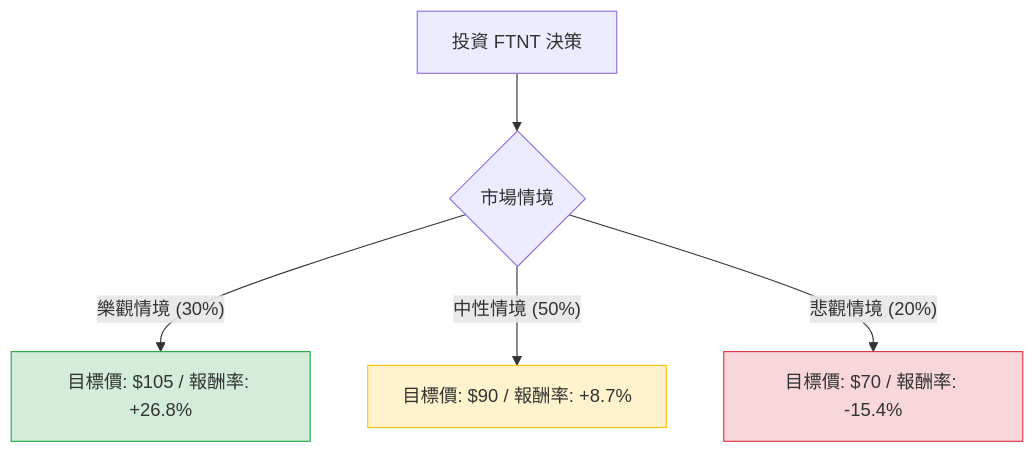
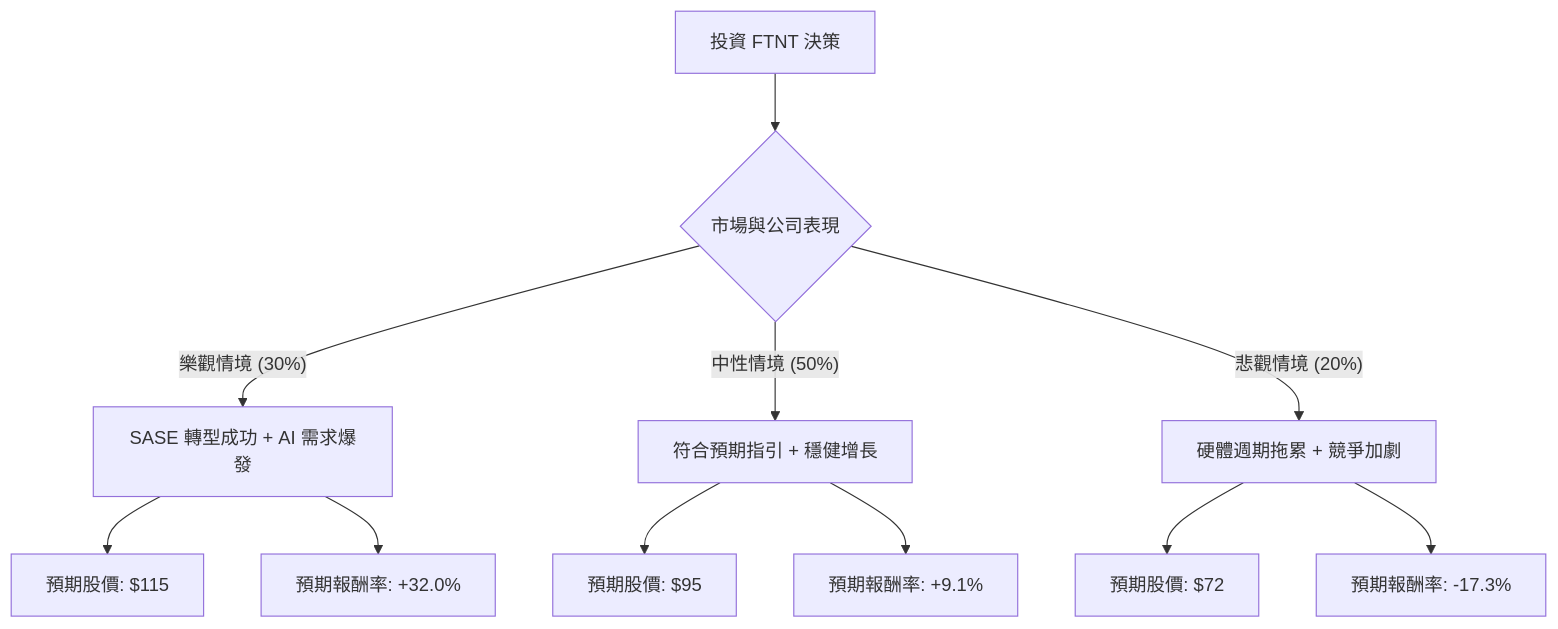
One commit to zmcx16/zmcx16.github.io changed the diagram in plugin-react/ai-analysis/ev-analysis/FTNT.md. Above: the diagram before and after it, drawn with Mermaid. The commit also changed other lines of this file and 63 other files, not shown here.

````diff
--- a/plugin-react/ai-analysis/ev-analysis/FTNT.md
+++ b/plugin-react/ai-analysis/ev-analysis/FTNT.md
@@ -19,12 +19,16 @@
 ```mermaid
 graph TD
-    A[投資 FTNT 決策] --> B{市場情境}
+    A[投資 FTNT 決策] --> B{市場與公司表現}
     
-    B -- 樂觀情境 (30%) --> C[目標價: $105 / 報酬率: +26.8%]
-    B -- 中性情境 (50%) --> D[目標價: $90 / 報酬率: +8.7%]
-    B -- 悲觀情境 (20%) --> E[目標價: $70 / 報酬率: -15.4%]
-
-    style C fill:#d4edda,stroke:#28a745
-    style D fill:#fff3cd,stroke:#ffc107
-    style E fill:#f8d7da,stroke:#dc3545
+    B -- 樂觀情境 (30%) --> C[SASE 轉型成功 + AI 需求爆發]
+    C --> C1[預期股價: $115]
+    C --> C2[預期報酬率: +32.0%]
+    
+    B -- 中性情境 (50%) --> D[符合預期指引 + 穩健增長]
+    D --> D1[預期股價: $95]
+    D --> D2[預期報酬率: +9.1%]
+    
+    B -- 悲觀情境 (20%) --> E[硬體週期拖累 + 競爭加劇]
+    E --> E1[預期股價: $72]
+    E --> E2[預期報酬率: -17.3%]
 ```
````
